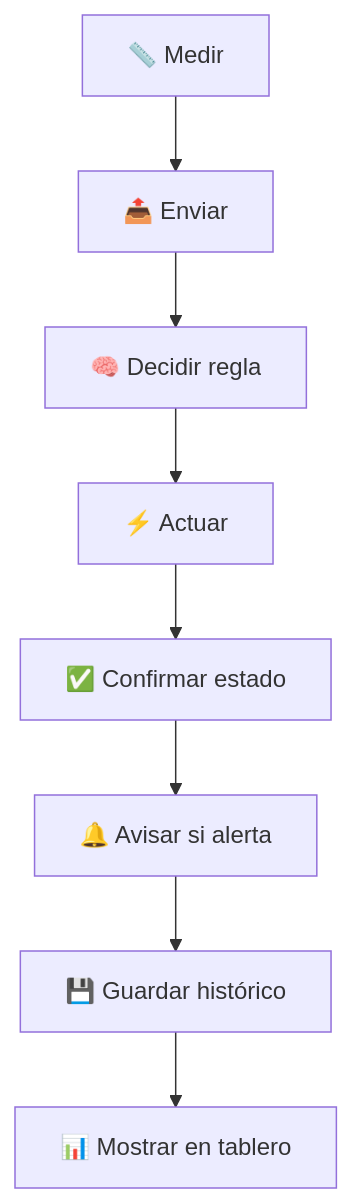
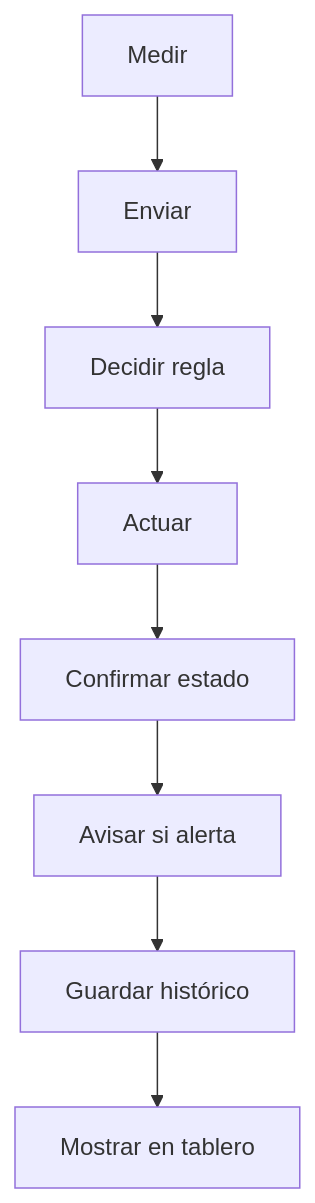
One commit to RafaLopezZz/glea-nexo changed the second of 4 diagrams in README.md. Above: the diagram before and after it, drawn with Mermaid. The commit also changed other lines of this file, not shown here.

````diff
--- a/README.md
+++ b/README.md
@@ -76,10 +76,10 @@
 ```mermaid
 flowchart TD
-  M[📏 Medir] --> E[📤 Enviar]
-  E --> D[🧠 Decidir regla]
-  D --> A[⚡ Actuar]
-  A --> F[✅ Confirmar estado]
-  F --> L[🔔 Avisar si alerta]
-  L --> G[💾 Guardar histórico]
-  G --> V[📊 Mostrar en tablero]
+  M[Medir] --> E[Enviar]
+  E --> D[Decidir regla]
+  D --> A[Actuar]
+  A --> F[Confirmar estado]
+  F --> L[Avisar si alerta]
+  L --> G[Guardar histórico]
+  G --> V[Mostrar en tablero]
 ```
````
